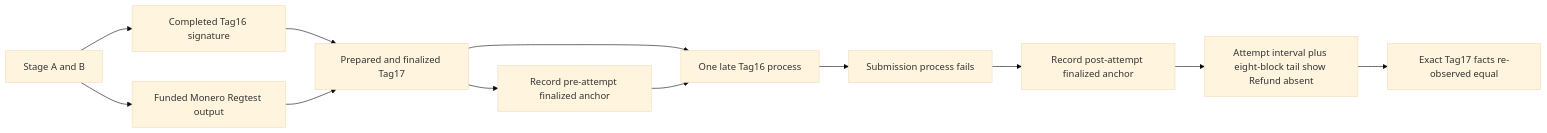
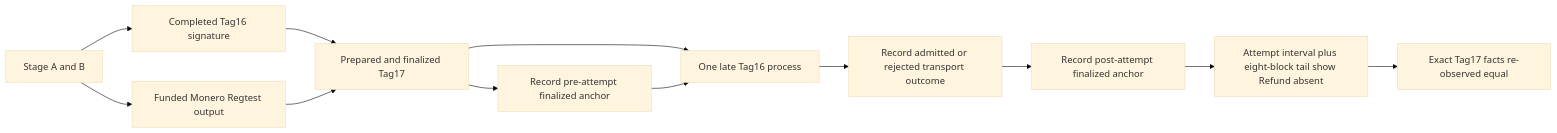
Before and after one commit to gateway-fm/lez-atomic-swaps: the first of 2 diagrams in docs/architecture/0175-reject-losing-tag16-after-finalized-tag17.md, drawn with Mermaid (base theme). The commit also changed other lines of this file and 7 other files, not shown here.

````diff
--- a/docs/architecture/0175-reject-losing-tag16-after-finalized-tag17.md
+++ b/docs/architecture/0175-reject-losing-tag16-after-finalized-tag17.md
@@ -33,14 +35,14 @@
 ```mermaid
 flowchart LR
     Agreement[Stage A and B] --> Tag16Ready[Completed Tag16 signature]
     Agreement --> Monero[Funded Monero Regtest output]
     Tag16Ready --> Tag17[Prepared and finalized Tag17]
     Monero --> Tag17
     Tag17 --> Late16[One late Tag16 process]
     Tag17 --> Anchor[Record pre-attempt finalized anchor]
     Anchor --> Late16[One late Tag16 process]
-    Late16 --> Reject[Submission process fails]
-    Reject --> PostAnchor[Record post-attempt finalized anchor]
+    Late16 --> Admission[Record admitted or rejected transport outcome]
+    Admission --> PostAnchor[Record post-attempt finalized anchor]
     PostAnchor --> RefundScan[Attempt interval plus eight-block tail show Refund absent]
     RefundScan --> Reobserve[Exact Tag17 facts re-observed equal]
 ```
````
